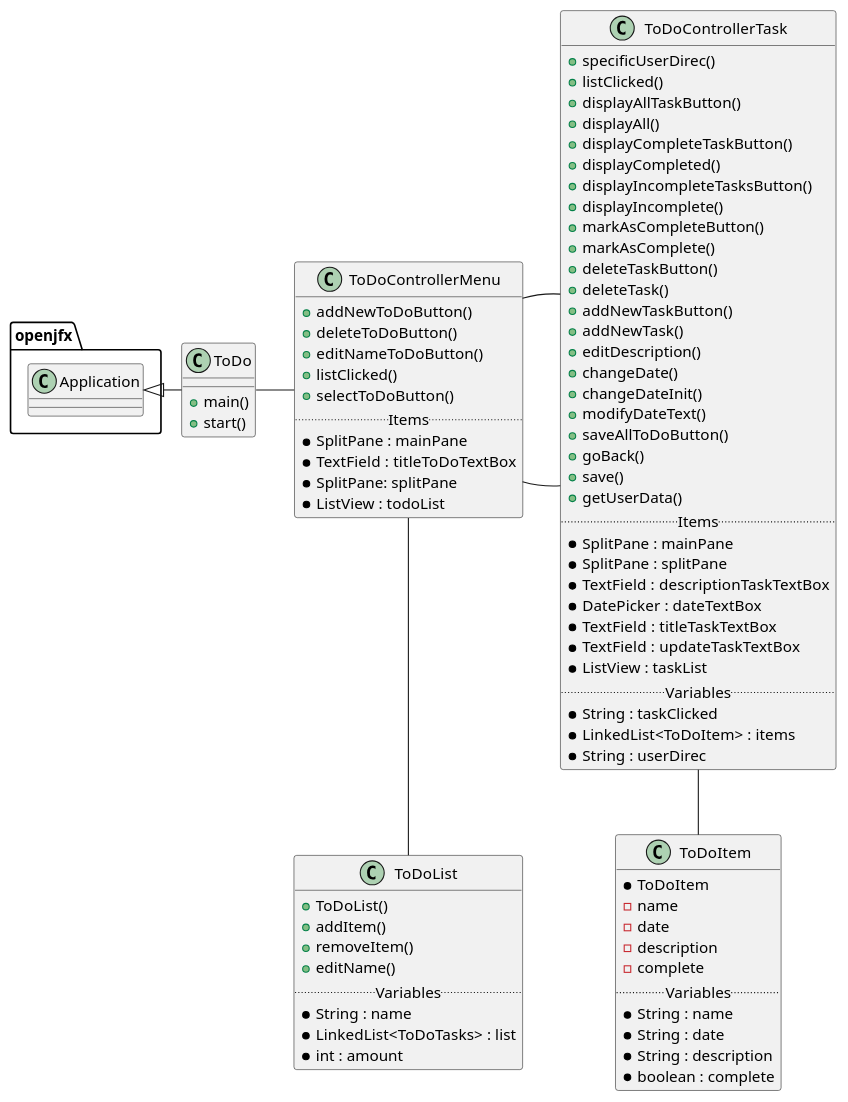
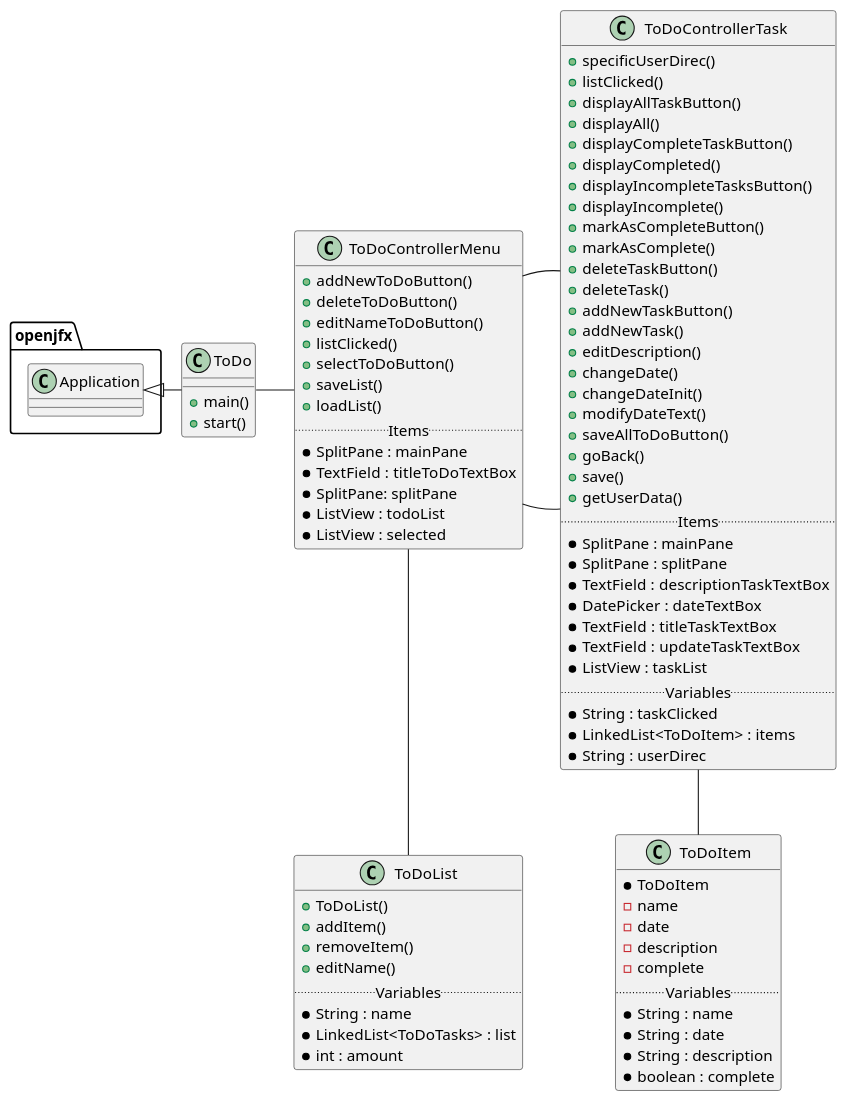
Before and after one commit to dark-r00t/OOP_TODO_GUI: the diagram in uml/ToDoPUML.puml, drawn with PlantUML. The commit also changed 3 other files, not shown here.

```diff
--- a/uml/ToDoPUML.puml
+++ b/uml/ToDoPUML.puml
@@ -1,93 +1,95 @@
 @startuml
 
 class ToDo {
     + main()
     + start()
 }
+
 class ToDoControllerMenu {
     + addNewToDoButton()
     + deleteToDoButton()
     + editNameToDoButton()
     + listClicked()
     + selectToDoButton()
+    + saveList()
+    + loadList()
     ..Items..
     * SplitPane : mainPane
     * TextField : titleToDoTextBox
     * SplitPane: splitPane
     * ListView : todoList
+    * ListView : selected
 }
 
 class ToDoList {
     + ToDoList()
     + addItem()
     + removeItem()
     + editName()
     ..Variables..
     * String : name
     * LinkedList<ToDoTasks> : list
     * int : amount
 }
 
 class ToDoControllerTask {
     + specificUserDirec()
     + listClicked()
     + displayAllTaskButton()
     + displayAll()
     + displayCompleteTaskButton()
     + displayCompleted()
     + displayIncompleteTasksButton()
     + displayIncomplete()
     + markAsCompleteButton()
     + markAsComplete()
     + deleteTaskButton()
     + deleteTask()
     + addNewTaskButton()
     + addNewTask()
     + editDescription()
     + changeDate()
     + changeDateInit()
     + modifyDateText()
     + saveAllToDoButton()
     + goBack()
     + save()
     + getUserData()
     ..Items..
     * SplitPane : mainPane
     * SplitPane : splitPane
     * TextField : descriptionTaskTextBox
     * DatePicker : dateTextBox
     * TextField : titleTaskTextBox
     * TextField : updateTaskTextBox
     * ListView : taskList
     ..Variables..
     * String : taskClicked
     * LinkedList<ToDoItem> : items
     * String : userDirec
 }
 
 class ToDoItem {
     * ToDoItem
     - name
     - date
     - description
     - complete
     ..Variables..
     * String : name
     * String : date
     * String : description
     * boolean : complete
 }
 
-
-
- openjfx.Application <|- ToDo
+openjfx.Application <|- ToDo
 
 ToDo - ToDoControllerMenu
 
 ToDoControllerMenu - ToDoControllerTask
 ToDoControllerMenu -- ToDoList
 
 ToDoControllerTask - ToDoControllerMenu
 ToDoControllerTask -- ToDoItem
 
 @enduml
```
